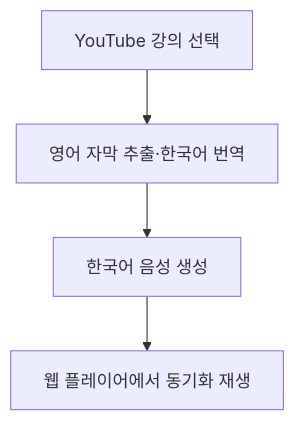
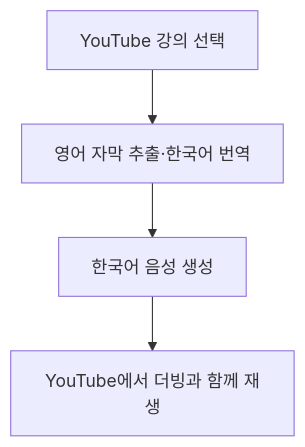
One commit to HyunKN/lecture-dub changed the diagram in README.md. Above: the diagram before and after it, drawn with Mermaid. The commit also changed other lines of this file, not shown here.

Commit message:
docs: make YouTube extension the preferred playback path

````diff
--- a/README.md
+++ b/README.md
@@ -17,6 +18,6 @@
 ```mermaid
 flowchart TD
     A["YouTube 강의 선택"] --> B["영어 자막 추출·한국어 번역"]
     B --> C["한국어 음성 생성"]
-    C --> D["웹 플레이어에서 동기화 재생"]
+    C --> D["YouTube에서 더빙과 함께 재생"]
 ```
````
